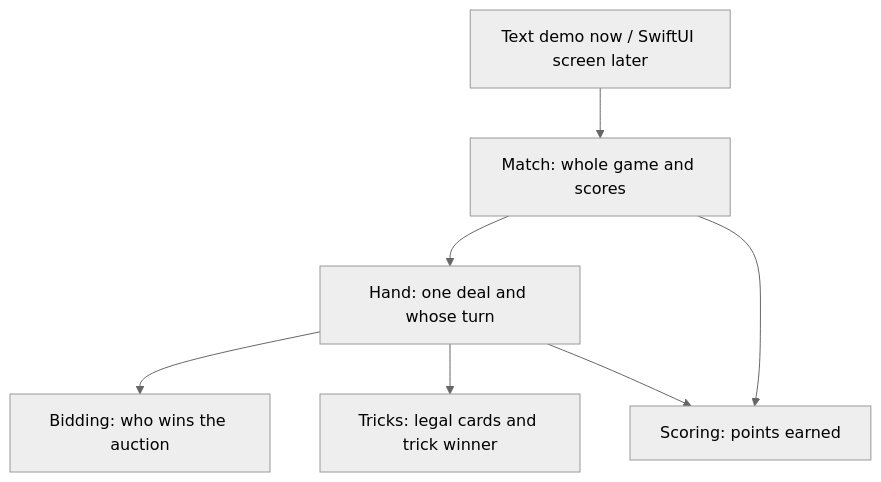
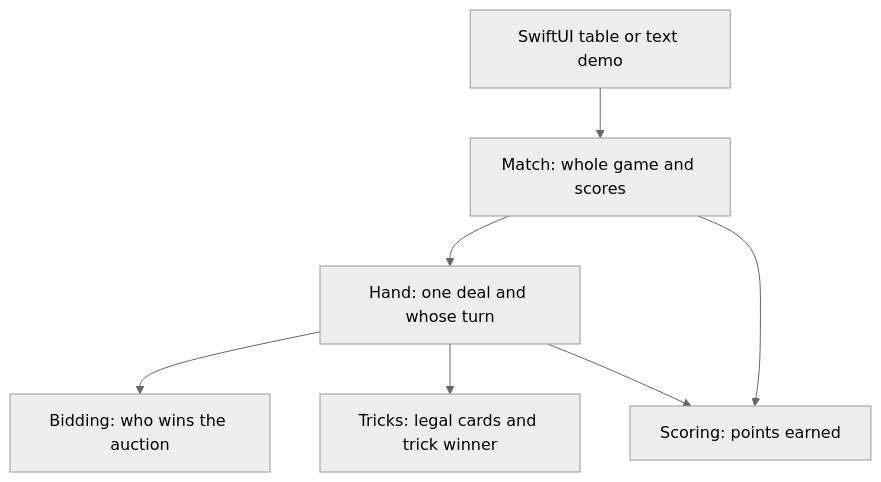
One commit to cmurphy1140/catch-5 changed the diagram in docs/code-map.md. Above: the diagram before and after it, drawn with Mermaid (neutral theme). The commit also changed other lines of this file and 13 other files, not shown here.

````diff
--- a/docs/code-map.md
+++ b/docs/code-map.md
@@ -5,9 +5,9 @@
 ```mermaid
 flowchart TD
-    Demo[Text demo now / SwiftUI screen later] --> Match[Match: whole game and scores]
+    Demo[SwiftUI table or text demo] --> Match[Match: whole game and scores]
     Match --> Hand[Hand: one deal and whose turn]
     Hand --> Bidding[Bidding: who wins the auction]
     Hand --> Tricks[Tricks: legal cards and trick winner]
     Hand --> Scoring[Scoring: points earned]
     Match --> Scoring
 ```
````
